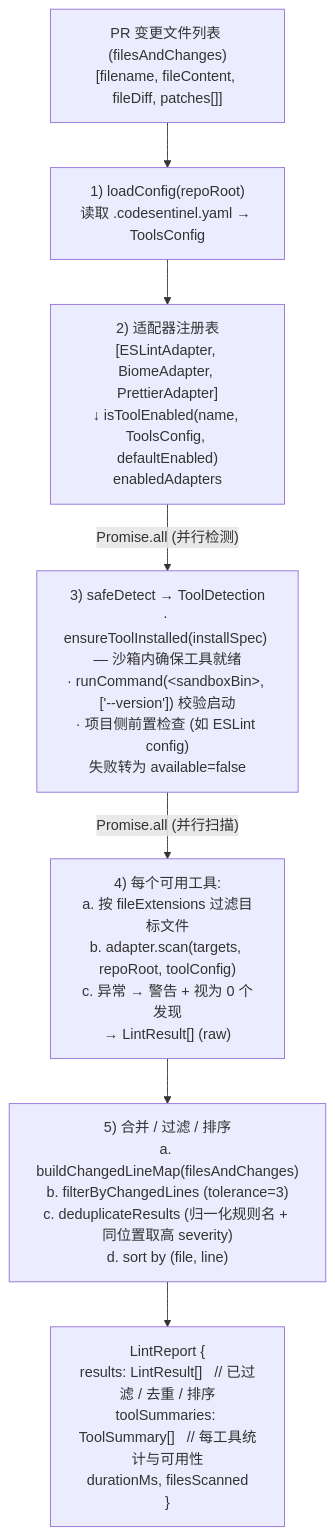
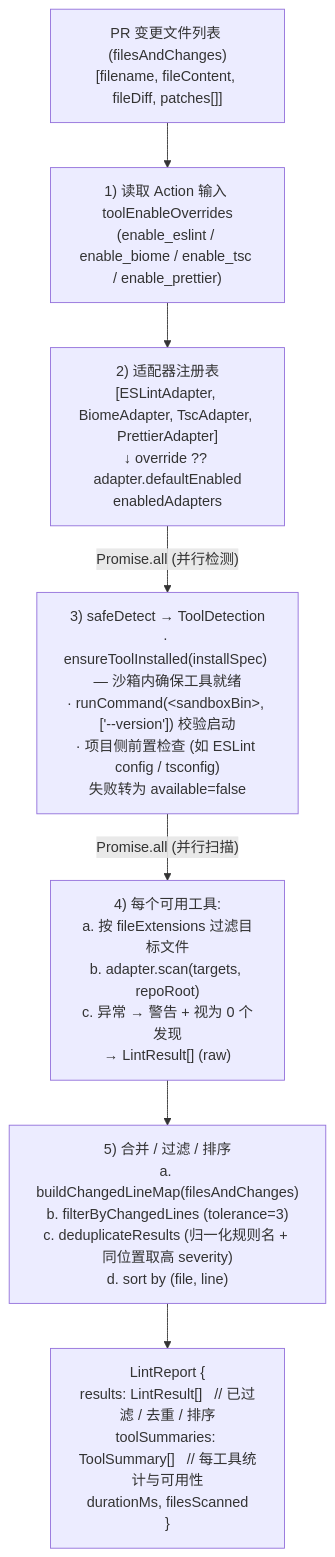
One commit to CodesSentinels/ai-reviewer changed the third of 4 diagrams in docs/06-iteration-linter-sast-design.md. Above: the diagram before and after it, drawn with Mermaid. The commit also changed other lines of this file and 18 other files, not shown here.

````diff
--- a/docs/06-iteration-linter-sast-design.md
+++ b/docs/06-iteration-linter-sast-design.md
@@ -107,10 +105,10 @@
 ```mermaid
 flowchart TB
   IN["PR 变更文件列表 (filesAndChanges)<br/>[filename, fileContent, fileDiff, patches[]]"]
-  IN --> S1["1) loadConfig(repoRoot)<br/>读取 .codesentinel.yaml → ToolsConfig"]
-  S1 --> S2["2) 适配器注册表<br/>[ESLintAdapter, BiomeAdapter, PrettierAdapter]<br/>↓ isToolEnabled(name, ToolsConfig, defaultEnabled)<br/>enabledAdapters"]
-  S2 -- "Promise.all (并行检测)" --> S3["3) safeDetect → ToolDetection<br/>· ensureToolInstalled(installSpec) — 沙箱内确保工具就绪<br/>· runCommand(&lt;sandboxBin&gt;, ['--version']) 校验启动<br/>· 项目侧前置检查 (如 ESLint config)<br/>失败转为 available=false"]
-  S3 -- "Promise.all (并行扫描)" --> S4["4) 每个可用工具:<br/>a. 按 fileExtensions 过滤目标文件<br/>b. adapter.scan(targets, repoRoot, toolConfig)<br/>c. 异常 → 警告 + 视为 0 个发现<br/>→ LintResult[] (raw)"]
+  IN --> S1["1) 读取 Action 输入 toolEnableOverrides<br/>(enable_eslint / enable_biome / enable_tsc / enable_prettier)"]
+  S1 --> S2["2) 适配器注册表<br/>[ESLintAdapter, BiomeAdapter, TscAdapter, PrettierAdapter]<br/>↓ override ?? adapter.defaultEnabled<br/>enabledAdapters"]
+  S2 -- "Promise.all (并行检测)" --> S3["3) safeDetect → ToolDetection<br/>· ensureToolInstalled(installSpec) — 沙箱内确保工具就绪<br/>· runCommand(&lt;sandboxBin&gt;, ['--version']) 校验启动<br/>· 项目侧前置检查 (如 ESLint config / tsconfig)<br/>失败转为 available=false"]
+  S3 -- "Promise.all (并行扫描)" --> S4["4) 每个可用工具:<br/>a. 按 fileExtensions 过滤目标文件<br/>b. adapter.scan(targets, repoRoot)<br/>c. 异常 → 警告 + 视为 0 个发现<br/>→ LintResult[] (raw)"]
   S4 --> S5["5) 合并 / 过滤 / 排序<br/>a. buildChangedLineMap(filesAndChanges)<br/>b. filterByChangedLines (tolerance=3)<br/>c. deduplicateResults (归一化规则名 + 同位置取高 severity)<br/>d. sort by (file, line)"]
   S5 --> OUT["LintReport {<br/>results: LintResult[]   // 已过滤 / 去重 / 排序<br/>toolSummaries: ToolSummary[]   // 每工具统计与可用性<br/>durationMs, filesScanned<br/>}"]
 ```
````
